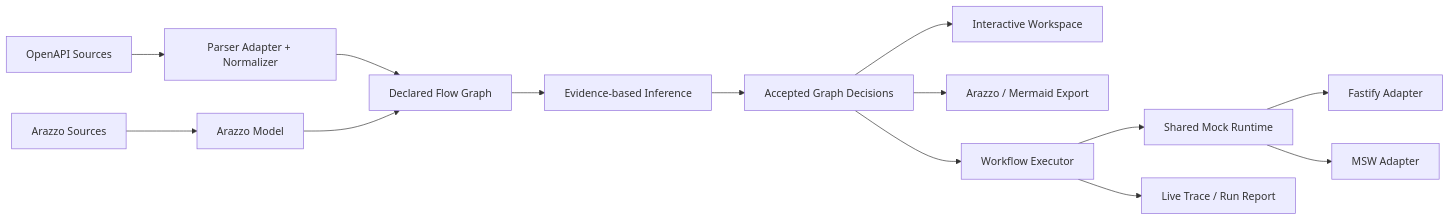
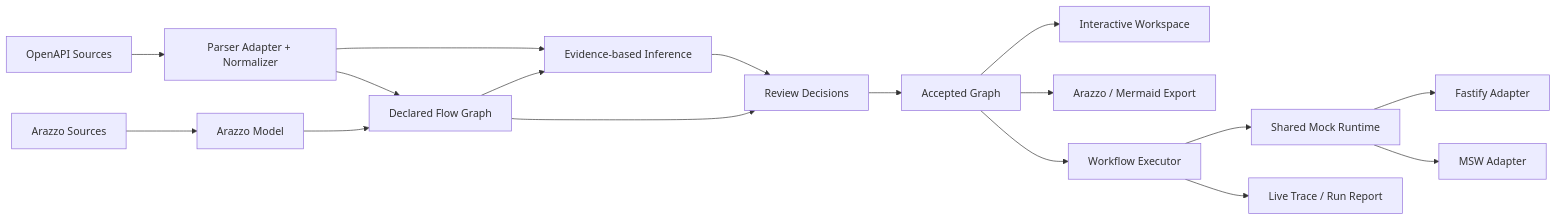
Before and after one commit to eric861129/API-Schema-Flow: the diagram in README.zh-TW.md, drawn with Mermaid. The commit also changed other lines of this file and 44 other files, not shown here.

First line of the commit message:
feat: add M2-C evidence-based inference core

````diff
--- a/README.zh-TW.md
+++ b/README.zh-TW.md
@@ -153,16 +177,19 @@
 ```mermaid
 flowchart LR
     OA[OpenAPI Sources] --> ING[Parser Adapter + Normalizer]
     AR[Arazzo Sources] --> WF[Arazzo Model]
     ING --> FLOW[Declared Flow Graph]
     WF --> FLOW
-    FLOW --> INF[Evidence-based Inference]
-    INF --> REVIEW[Accepted Graph Decisions]
-    REVIEW --> UI[Interactive Workspace]
-    REVIEW --> EXP[Arazzo / Mermaid Export]
-    REVIEW --> RUN[Workflow Executor]
+    ING --> INF[Evidence-based Inference]
+    FLOW --> INF
+    INF --> REVIEW[Review Decisions]
+    FLOW --> REVIEW
+    REVIEW --> GRAPH[Accepted Graph]
+    GRAPH --> UI[Interactive Workspace]
+    GRAPH --> EXP[Arazzo / Mermaid Export]
+    GRAPH --> RUN[Workflow Executor]
     RUN --> RT[Shared Mock Runtime]
     RT --> FAST[Fastify Adapter]
     RT --> MSW[MSW Adapter]
     RUN --> TRACE[Live Trace / Run Report]
 ```
````
